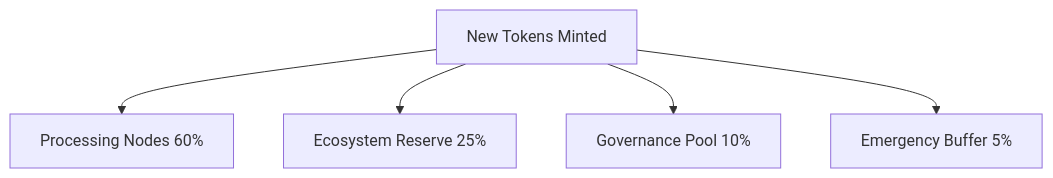
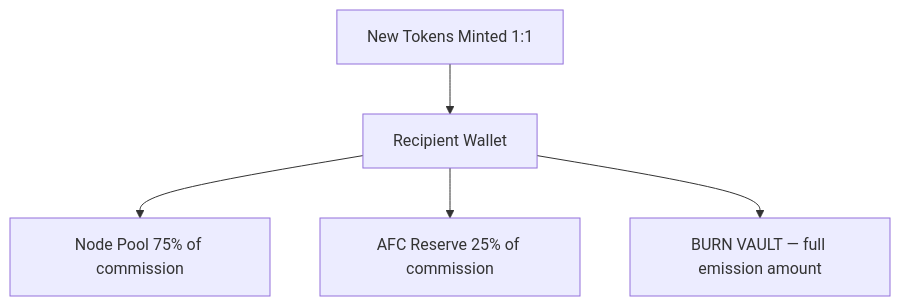
The diagram in 03_token_management_layer/token_distribution_model.md (Aros-Technology-Studio/AST-Aros-Financial-Paradigm), drawn with Mermaid before and after one commit. The commit also changed other lines of this file and 6 other files, not shown here.

````diff
--- a/03_token_management_layer/token_distribution_model.md
+++ b/03_token_management_layer/token_distribution_model.md
@@ -26,7 +24,7 @@
 ```mermaid
 graph TD
-    Mint[New Tokens Minted] --> Nodes[Processing Nodes 60%]
-    Mint --> Ecosystem[Ecosystem Reserve 25%]
-    Mint --> Governance[Governance Pool 10%]
-    Mint --> Emergency[Emergency Buffer 5%]
+    Mint[New Tokens Minted 1:1] --> Recipient[Recipient Wallet]
+    Recipient --> NodePool[Node Pool 75% of commission]
+    Recipient --> AFC[AFC Reserve 25% of commission]
+    Recipient --> Burn[BURN VAULT — full emission amount]
 ```
````
